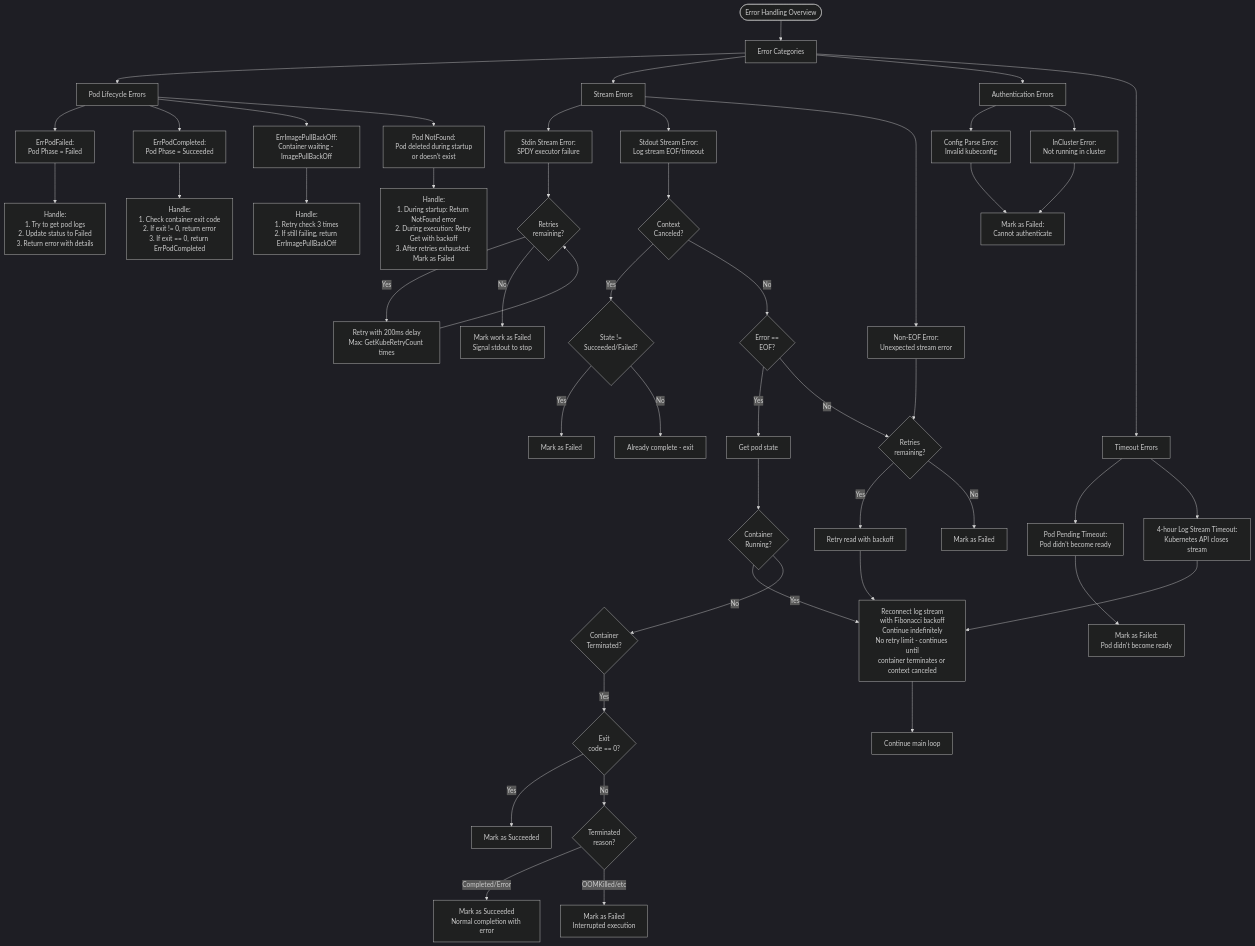
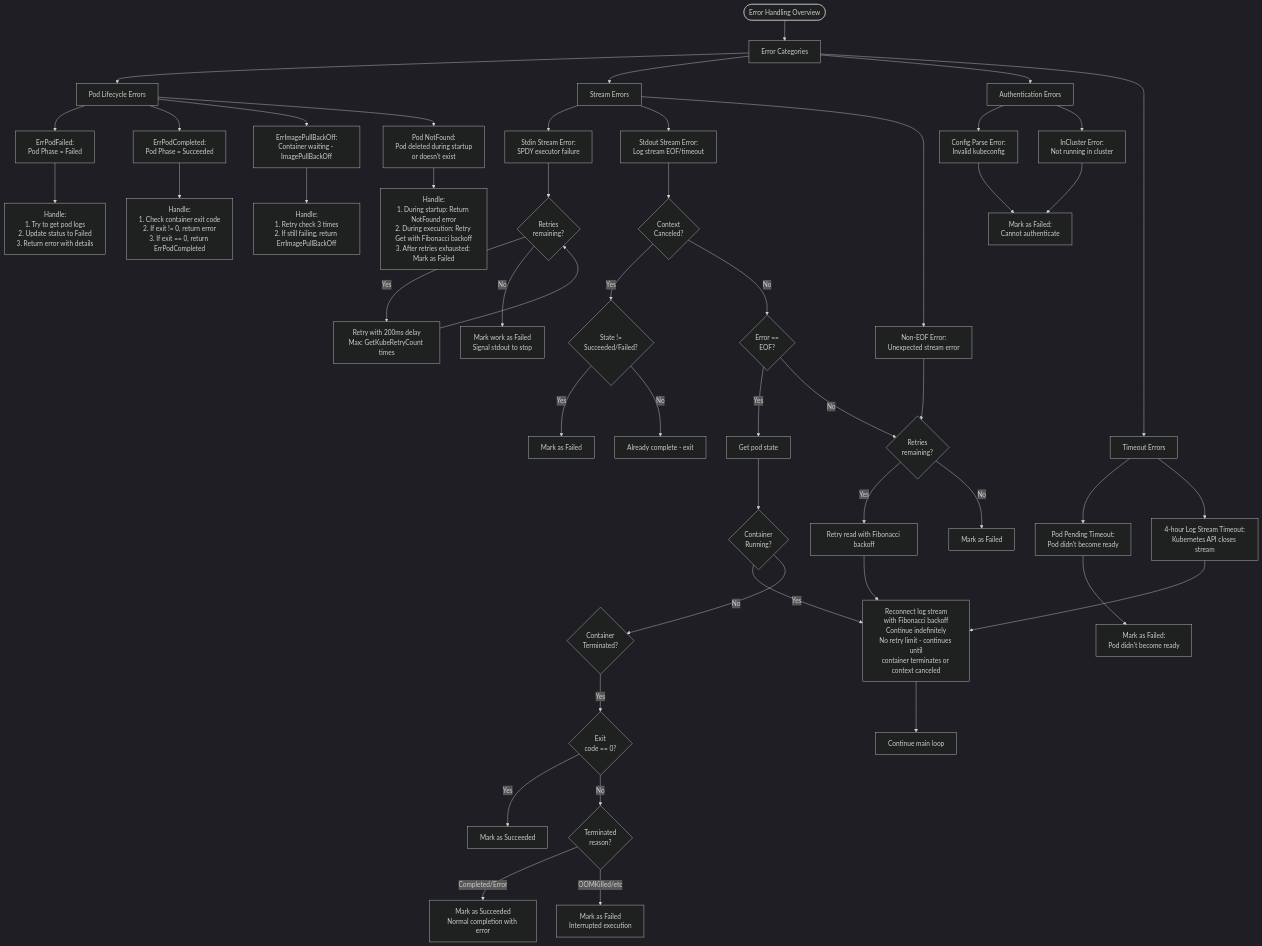
One commit to ansible/receptor changed the seventh of 7 diagrams in docs/diagrams/kubernetes_workflow.md. Above: the diagram before and after it, drawn with Mermaid (dark theme). The commit also changed other lines of this file, not shown here.

Commit message:
Refer to backoff by only fibonacci

````diff
--- a/docs/diagrams/kubernetes_workflow.md
+++ b/docs/diagrams/kubernetes_workflow.md
@@ -679,69 +679,69 @@
 ```mermaid
 flowchart TD
     Start([Error Handling Overview]) --> ErrorTypes[Error Categories]
     
     ErrorTypes --> PodErrors[Pod Lifecycle Errors]
     ErrorTypes --> StreamErrors[Stream Errors]
     ErrorTypes --> AuthErrors[Authentication Errors]
     ErrorTypes --> TimeoutErrors[Timeout Errors]
     
     PodErrors --> PodFailed[ErrPodFailed:<br/>Pod Phase = Failed]
     PodErrors --> PodCompleted[ErrPodCompleted:<br/>Pod Phase = Succeeded]
     PodErrors --> ImagePullBack[ErrImagePullBackOff:<br/>Container waiting - ImagePullBackOff]
     PodErrors --> NotFound[Pod NotFound:<br/>Pod deleted during startup<br/>or doesn't exist]
 
     StreamErrors --> StdinError[Stdin Stream Error:<br/>SPDY executor failure]
     StreamErrors --> StdoutError[Stdout Stream Error:<br/>Log stream EOF/timeout]
     StreamErrors --> NonEOFError[Non-EOF Error:<br/>Unexpected stream error]
 
     AuthErrors --> ConfigError[Config Parse Error:<br/>Invalid kubeconfig]
     AuthErrors --> ClusterError[InCluster Error:<br/>Not running in cluster]
 
     TimeoutErrors --> PodPendingTimeout[Pod Pending Timeout:<br/>Pod didn't become ready]
     TimeoutErrors --> LogStreamTimeout[4-hour Log Stream Timeout:<br/>Kubernetes API closes stream]
 
     PodFailed --> HandlePodFailed[Handle:<br/>1. Try to get pod logs<br/>2. Update status to Failed<br/>3. Return error with details]
 
     PodCompleted --> HandlePodCompleted[Handle:<br/>1. Check container exit code<br/>2. If exit != 0, return error<br/>3. If exit == 0, return ErrPodCompleted]
 
     ImagePullBack --> HandleImagePull[Handle:<br/>1. Retry check 3 times<br/>2. If still failing, return ErrImagePullBackOff]
 
-    NotFound --> HandleNotFound[Handle:<br/>1. During startup: Return NotFound error<br/>2. During execution: Retry Get with backoff<br/>3. After retries exhausted: Mark as Failed]
+    NotFound --> HandleNotFound[Handle:<br/>1. During startup: Return NotFound error<br/>2. During execution: Retry Get with Fibonacci backoff<br/>3. After retries exhausted: Mark as Failed]
     
     StdinError --> RetryStdin{Retries<br/>remaining?}
     RetryStdin -->|Yes| RetryStdinAction[Retry with 200ms delay<br/>Max: GetKubeRetryCount times]
     RetryStdinAction --> RetryStdin
     RetryStdin -->|No| FailStdin[Mark work as Failed<br/>Signal stdout to stop]
     
     StdoutError --> CheckContext{Context<br/>Canceled?}
     CheckContext -->|Yes| CheckState{State !=<br/>Succeeded/Failed?}
     CheckState -->|Yes| FailContext[Mark as Failed]
     CheckState -->|No| ExitContext[Already complete - exit]
     
     CheckContext -->|No| CheckEOF{Error ==<br/>EOF?}
     CheckEOF -->|Yes| CheckPodState[Get pod state]
     CheckPodState --> PodRunning{Container<br/>Running?}
     PodRunning -->|Yes| ReconnectLogs[Reconnect log stream<br/>with Fibonacci backoff<br/>Continue indefinitely<br/>No retry limit - continues until<br/>container terminates or context canceled]
     
     PodRunning -->|No| PodTerminated{Container<br/>Terminated?}
     PodTerminated -->|Yes| CheckExit{Exit<br/>code == 0?}
     CheckExit -->|Yes| Success[Mark as Succeeded]
     CheckExit -->|No| CheckReason{Terminated<br/>reason?}
     CheckReason -->|Completed/Error| SuccessNormal[Mark as Succeeded<br/>Normal completion with error]
     CheckReason -->|OOMKilled/etc| FailInterrupted[Mark as Failed<br/>Interrupted execution]
     
     CheckEOF -->|No| RetryNonEOF{Retries<br/>remaining?}
-    RetryNonEOF -->|Yes| RetryLogRead[Retry read with backoff]
+    RetryNonEOF -->|Yes| RetryLogRead[Retry read with Fibonacci backoff]
     RetryLogRead --> ReconnectLogs
     RetryNonEOF -->|No| FailNonEOF[Mark as Failed]
     
     NonEOFError --> RetryNonEOF
     
     ConfigError --> FailAuth[Mark as Failed:<br/>Cannot authenticate]
     ClusterError --> FailAuth
     
     PodPendingTimeout --> FailTimeout[Mark as Failed:<br/>Pod didn't become ready]
     LogStreamTimeout --> ReconnectLogs
     
     ReconnectLogs --> MainLoop[Continue main loop]
 ```
````
